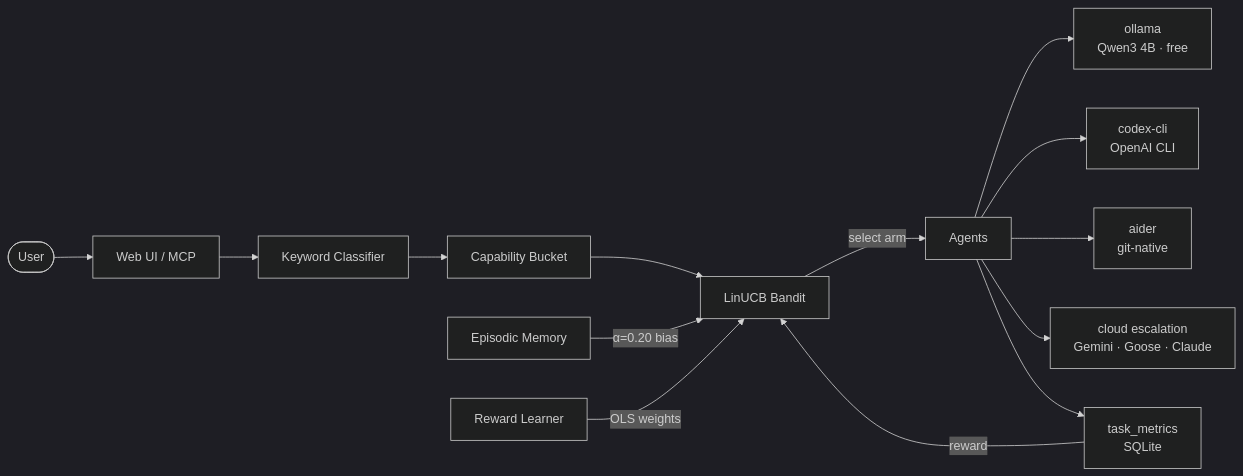
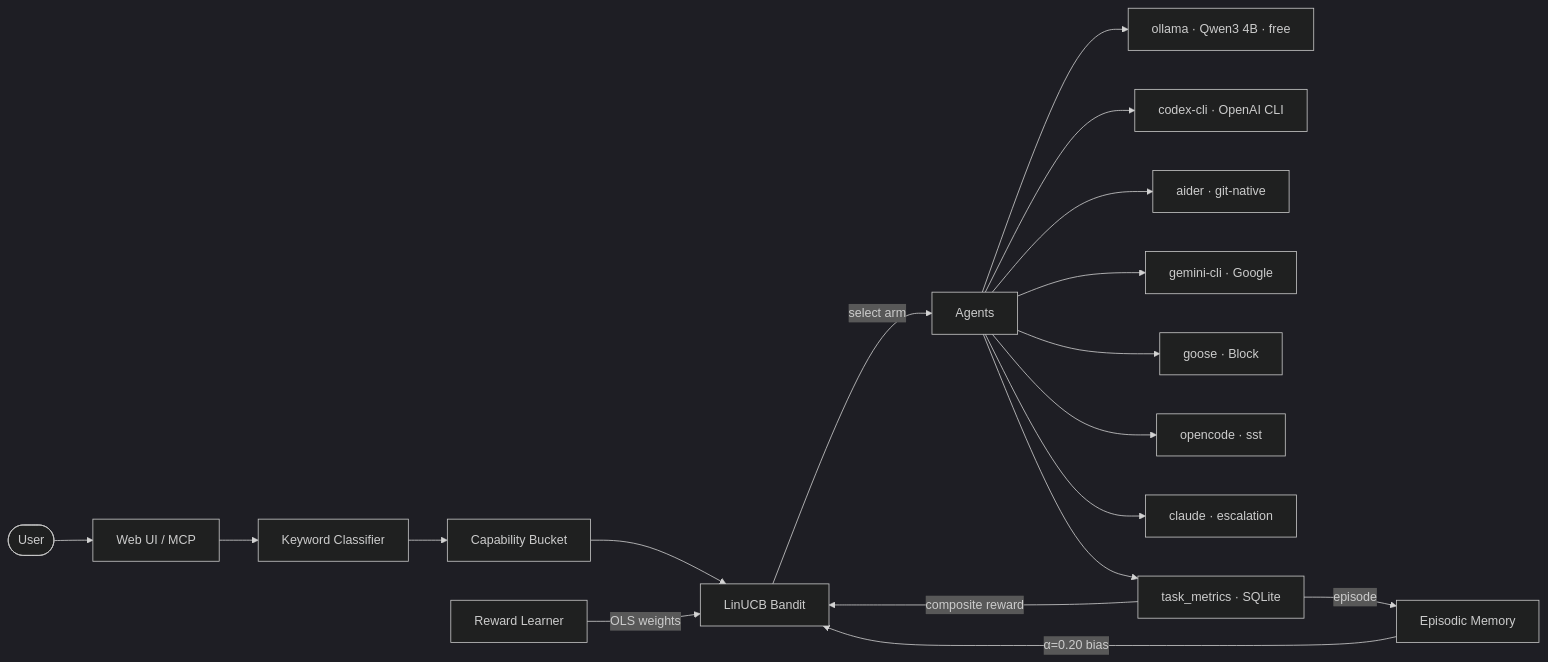
The diagram in README.md (pockanoodles/Mahoraga), drawn with Mermaid (dark theme) before and after one commit. The commit also changed other lines of this file, not shown here.

````diff
--- a/README.md
+++ b/README.md
@@ -15,16 +33,20 @@
 ```mermaid
 graph LR
     User([User]) --> UI[Web UI / MCP]
     UI --> KC[Keyword Classifier]
     KC --> CB[Capability Bucket]
     CB --> LB[LinUCB Bandit]
     EM[Episodic Memory] -->|α=0.20 bias| LB
     RL[Reward Learner] -->|OLS weights| LB
     LB -->|select arm| Agents
-    Agents --> ollama[ollama\nQwen3 4B · free]
-    Agents --> codex[codex-cli\nOpenAI CLI]
-    Agents --> aider[aider\ngit-native]
-    Agents --> cloud[cloud escalation\nGemini · Goose · Claude]
-    Agents --> Metrics[task_metrics\nSQLite]
-    Metrics -->|reward| LB
+    Agents --> ollama[ollama · Qwen3 4B · free]
+    Agents --> codex[codex-cli · OpenAI CLI]
+    Agents --> aider[aider · git-native]
+    Agents --> gemini[gemini-cli · Google]
+    Agents --> goose[goose · Block]
+    Agents --> opencode[opencode · sst]
+    Agents --> cloud[claude · escalation]
+    Agents --> Metrics[task_metrics · SQLite]
+    Metrics -->|composite reward| LB
+    Metrics -->|episode| EM
 ```
````
